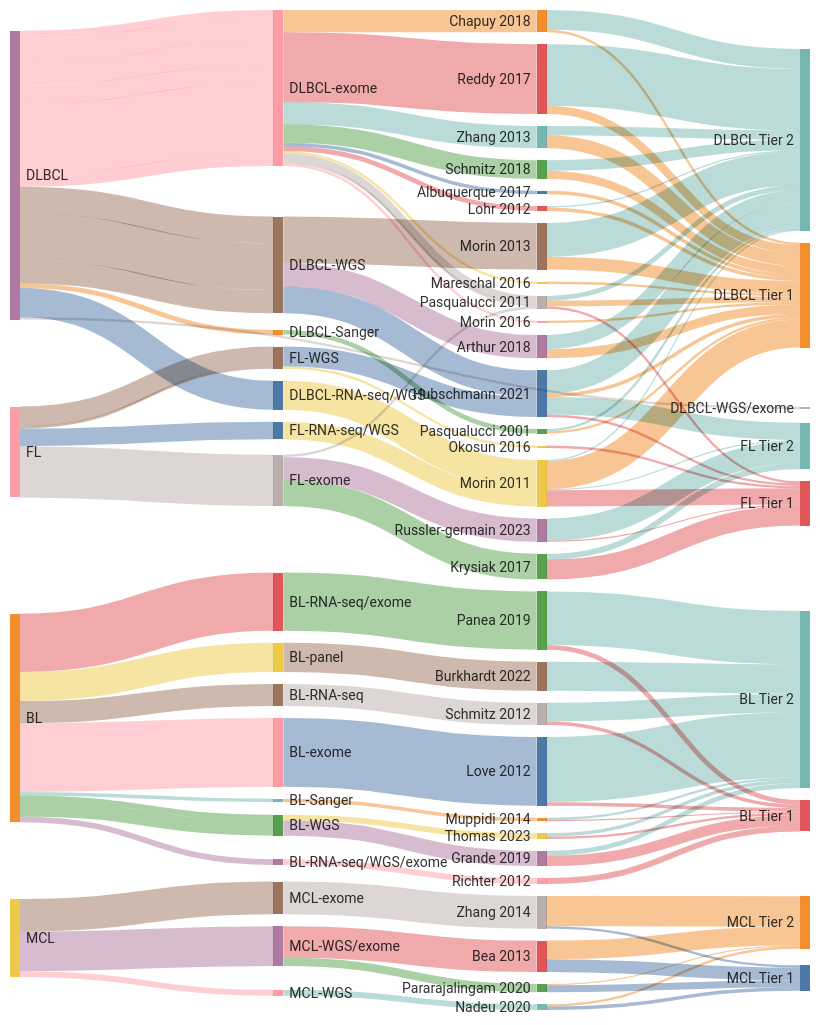
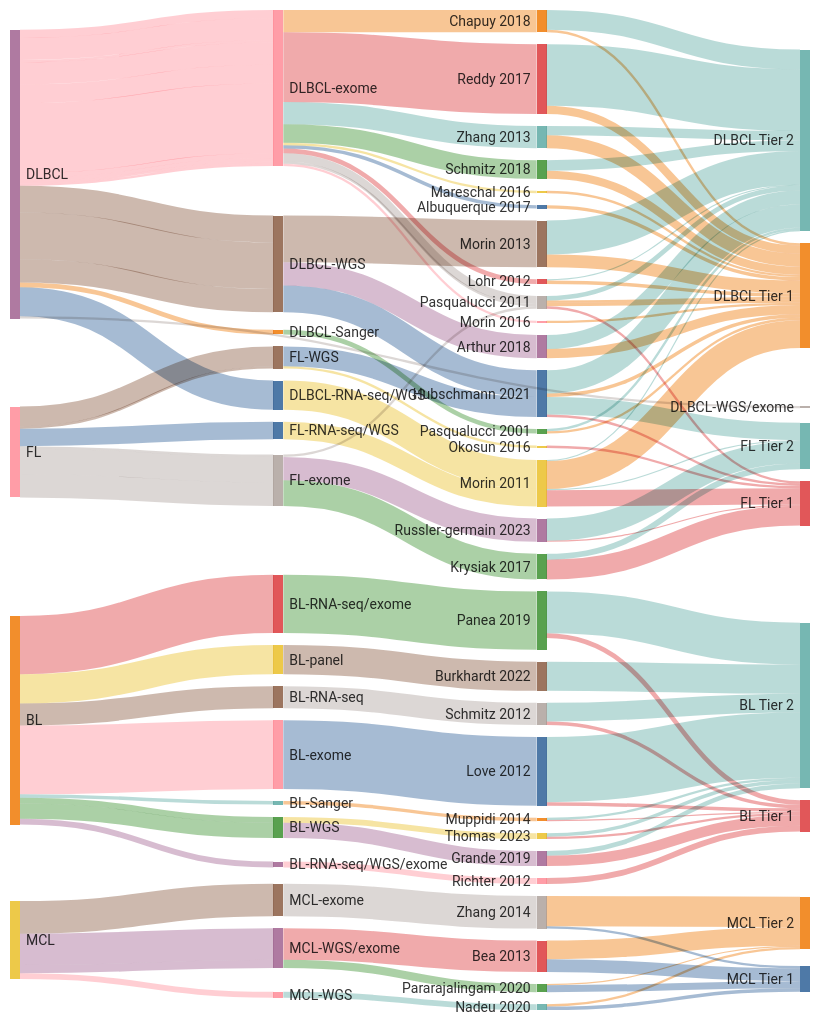
One commit to morinlab/lymphopedia changed the diagram in Home.md. Above: the diagram before and after it, drawn with Mermaid.

```diff
--- a/Home.md
+++ b/Home.md
@@ -114,7 +114,7 @@
 Muppidi 2014, BL Tier 1, 1
 Muppidi 2014, BL Tier 2, 2
 Panea 2019, BL Tier 1, 4
-Panea 2019, BL Tier 2, 46
+Panea 2019, BL Tier 2, 36
 Thomas 2023, BL Tier 1, 2
 Thomas 2023, BL Tier 2, 3
 Grande 2019, BL Tier 1, 9
```
